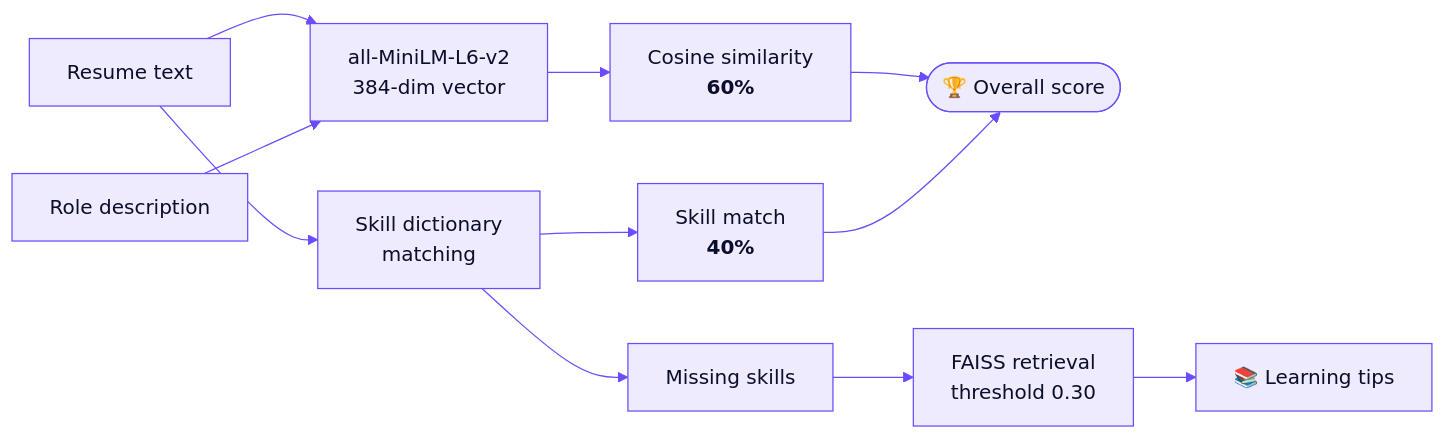
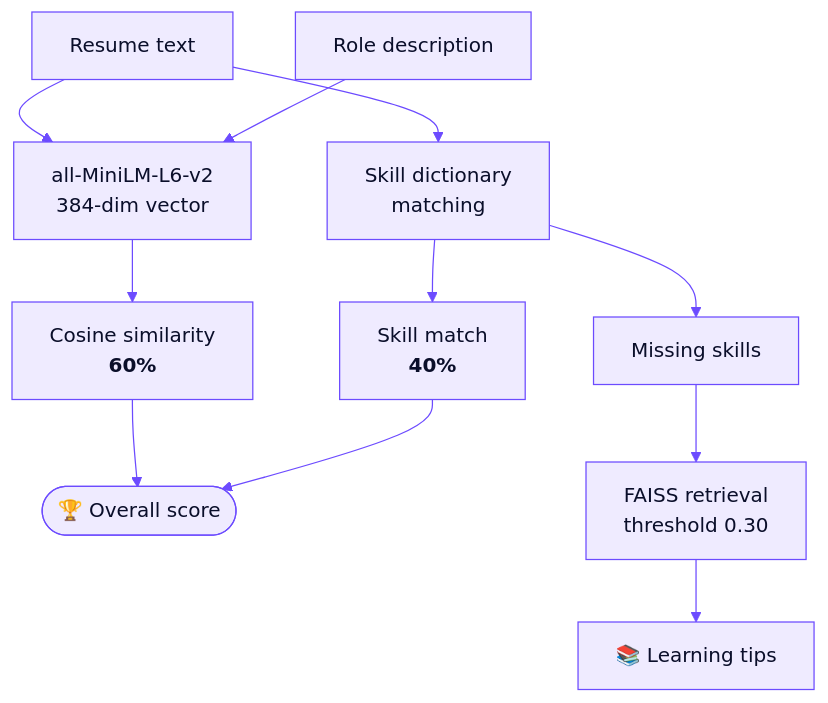
One commit to yashashvigupta16/MiniProject changed the third of 3 diagrams in readme.md. Above: the diagram before and after it, drawn with Mermaid. The commit also changed other lines of this file, not shown here.

Commit message:
Use vertical layout for README flowcharts

````diff
--- a/readme.md
+++ b/readme.md
@@ -180,12 +180,12 @@
 ```mermaid
 %%{init: {'theme':'base','themeVariables':{'primaryColor':'#EFEBFF','primaryTextColor':'#0A0E2A','primaryBorderColor':'#6C4BFF','lineColor':'#6C4BFF'}}}%%
-flowchart LR
+flowchart TB
     R["Resume text"] --> E["all-MiniLM-L6-v2<br/>384-dim vector"]
     J["Role description"] --> E
     E --> S["Cosine similarity<br/><b>60%</b>"]
     R --> K["Skill dictionary<br/>matching"]
     K --> P["Skill match<br/><b>40%</b>"]
     S --> O(["🏆 Overall score"])
     P --> O
     K --> X["Missing skills"] --> V["FAISS retrieval<br/>threshold 0.30"] --> T["📚 Learning tips"]
 ```
````
